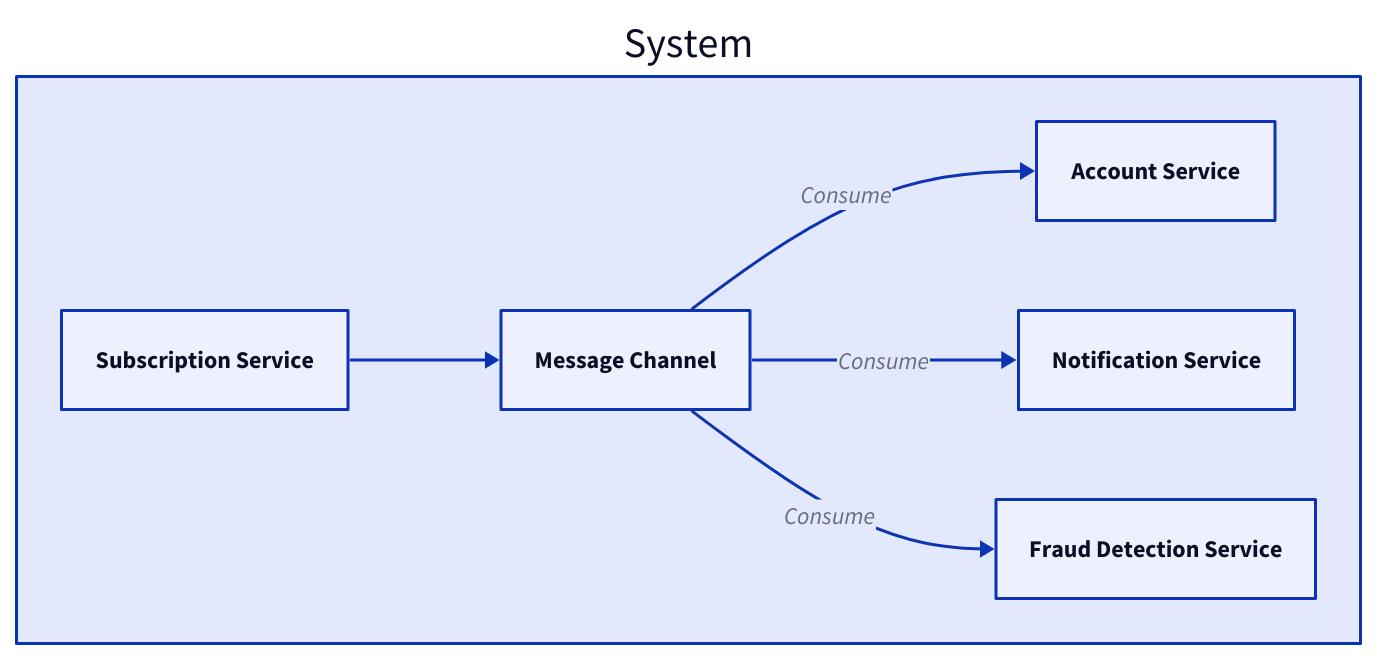
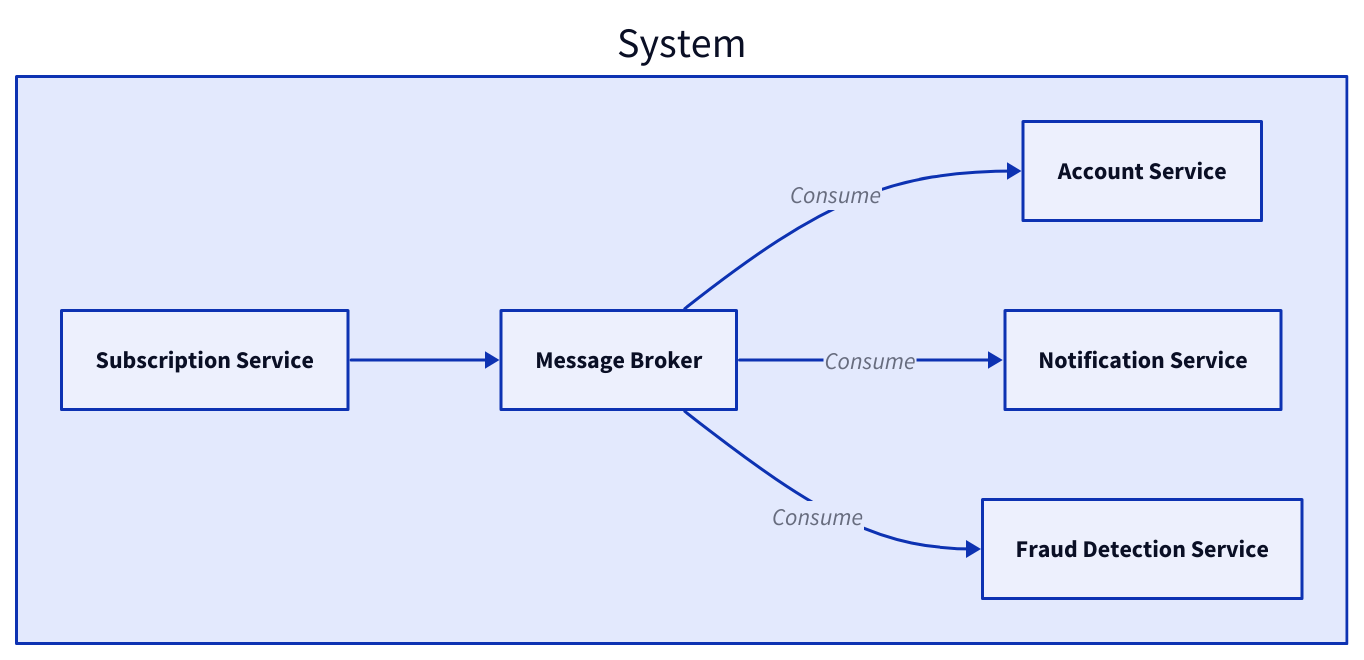
Diagram 15 of 15 in content/docs/web-service/microservice.md (link1905/system-design-101), drawn with D2 before and after one commit. The commit also changed other lines of this file and 31 other files, not shown here.

````diff
--- a/content/docs/web-service/microservice.md
+++ b/content/docs/web-service/microservice.md
@@ -598,24 +598,24 @@
 ```d2
 direction: right
 system: System {
     acc: Account Service {
         class: server
     }
     p: Subscription Service {
         class: server
     }
-    mq: Message Channel {
+    mq: Message Broker {
         class: mq
     }
     n: Notification Service {
         class: server
     }
     d: Fraud Detection Service {
         class: server
     }
     p -> mq
     acc <- mq: Consume
     n <- mq: Consume
     d <- mq: Consume
 }
 ```
````
